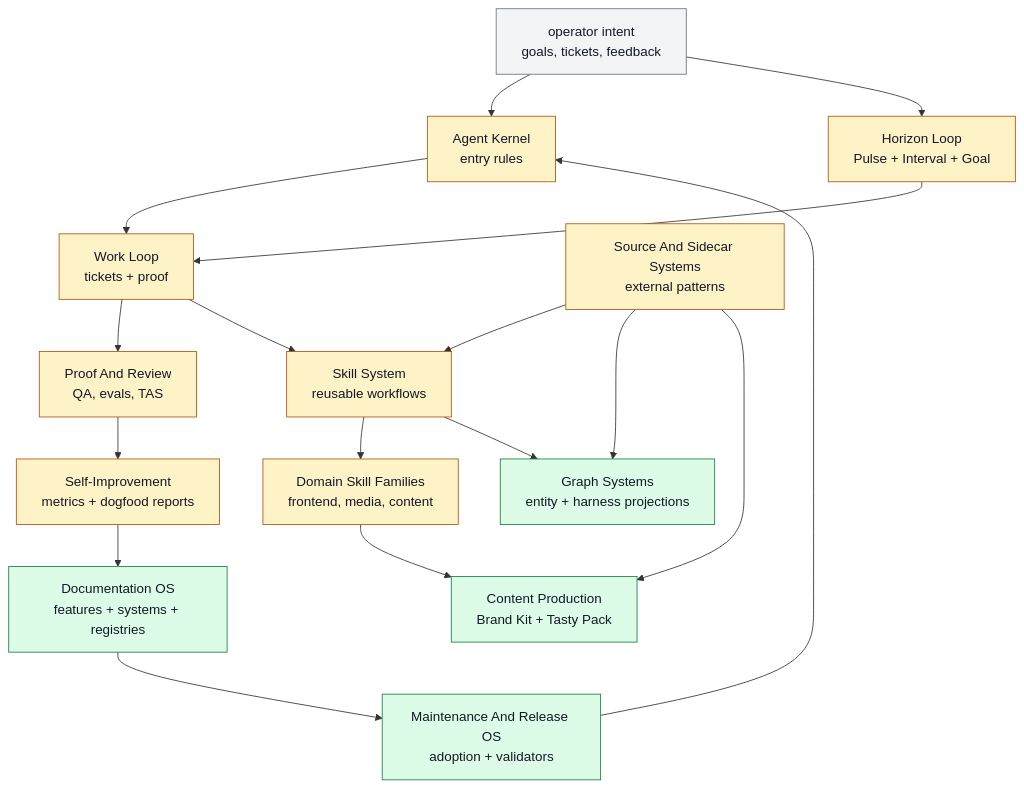
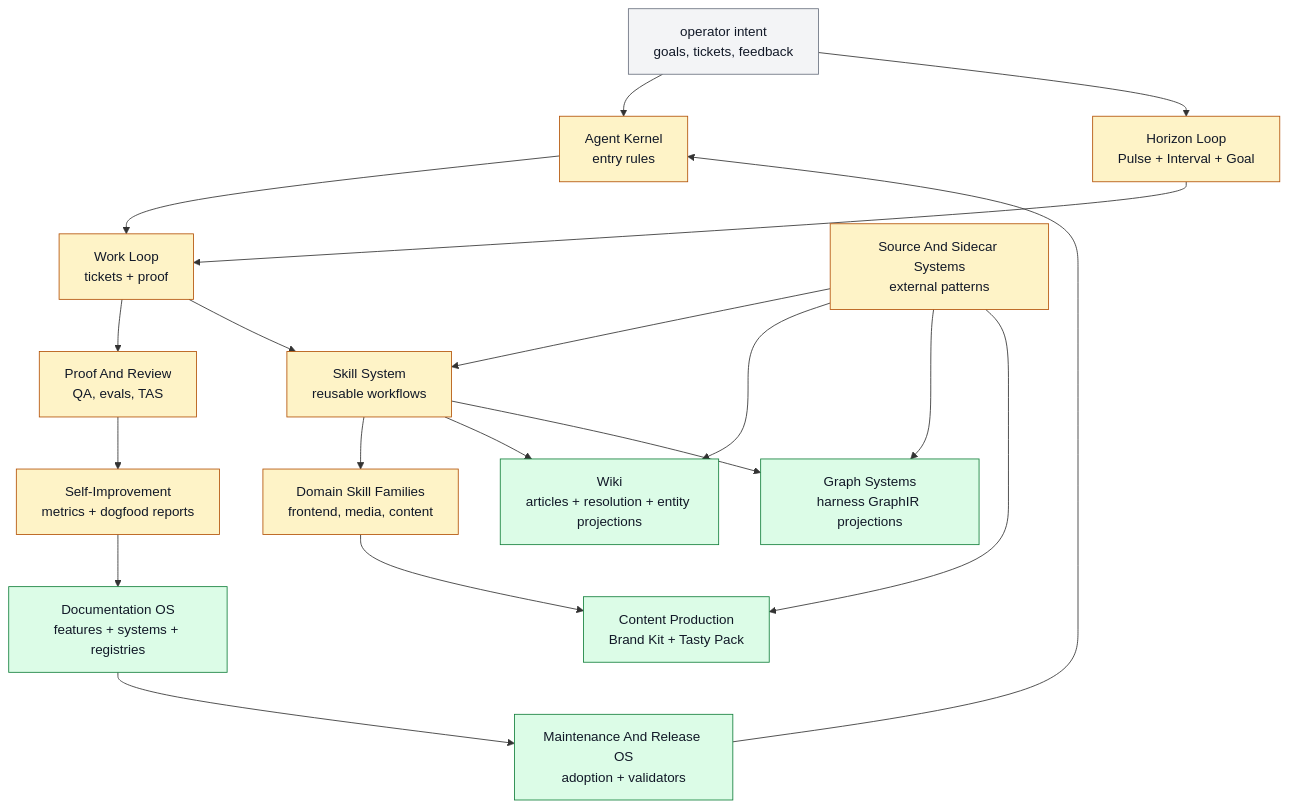
Before and after one commit to ZanarkandTechnologies/Farplane: the diagram in docs/systems/README.md, drawn with Mermaid. The commit also changed other lines of this file and 110 other files, not shown here.

````diff
--- a/docs/systems/README.md
+++ b/docs/systems/README.md
@@ -47,30 +47,33 @@
 ```mermaid
 flowchart TD
   classDef keep fill:#f3f4f6,stroke:#6b7280,color:#111827
   classDef changed fill:#fef3c7,stroke:#b45309,color:#111827
   classDef added fill:#dcfce7,stroke:#15803d,color:#111827
 
   operator["operator intent<br/>goals, tickets, feedback"]:::keep
   kernel["Agent Kernel<br/>entry rules"]:::changed
   work["Work Loop<br/>tickets + proof"]:::changed
   horizon["Horizon Loop<br/>Pulse + Interval + Goal"]:::changed
   skills["Skill System<br/>reusable workflows"]:::changed
   proof["Proof And Review<br/>QA, evals, TAS"]:::changed
   learn["Self-Improvement<br/>metrics + dogfood reports"]:::changed
   docs["Documentation OS<br/>features + systems + registries"]:::added
   release["Maintenance And Release OS<br/>adoption + validators"]:::added
   sources["Source And Sidecar Systems<br/>external patterns"]:::changed
-  graphs["Graph Systems<br/>entity + harness projections"]:::added
+  wiki["Wiki<br/>articles + resolution + entity projections"]:::added
+  graphs["Graph Systems<br/>harness GraphIR projections"]:::added
   domain["Domain Skill Families<br/>frontend, media, content"]:::changed
   content["Content Production<br/>Brand Kit + Tasty Pack"]:::added
 
   operator --> kernel --> work --> proof
   operator --> horizon --> work
   work --> skills --> domain --> content
   sources --> skills
+  sources --> wiki
+  skills --> wiki
   sources --> graphs
   skills --> graphs
   sources --> content
   proof --> learn --> docs
   docs --> release --> kernel
 ```
````
